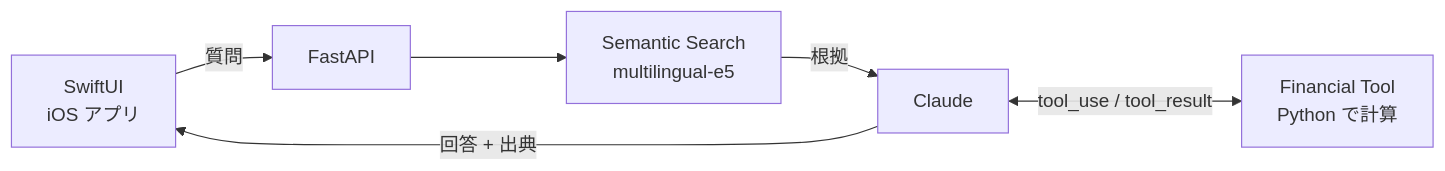
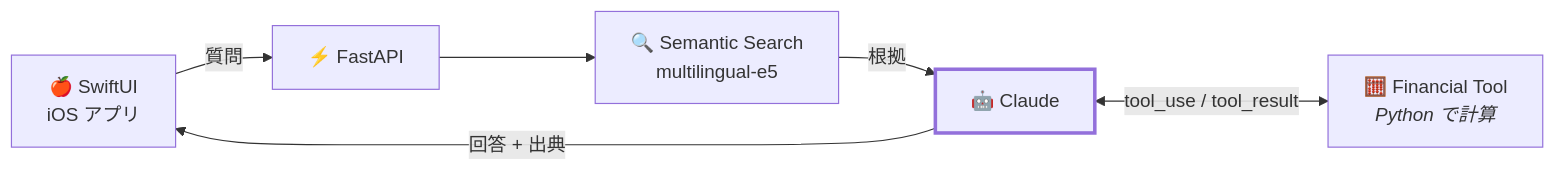
Before and after one commit to yossibank/investment-research-copilot: the diagram in README.md, drawn with Mermaid. The commit also changed other lines of this file, not shown here.

````diff
--- a/README.md
+++ b/README.md
@@ -27,11 +29,12 @@
 ```mermaid
 flowchart LR
-    IOS["SwiftUI<br/>iOS アプリ"]
-    API["FastAPI"]
-    SEARCH["Semantic Search<br/>multilingual-e5"]
-    LLM["Claude"]
-    TOOL["Financial Tool<br/>Python で計算"]
+    IOS["🍎 SwiftUI<br/>iOS アプリ"]
+    API["⚡ FastAPI"]
+    SEARCH["🔍 Semantic Search<br/>multilingual-e5"]
+    LLM["🤖 Claude"]
+    TOOL["🧮 Financial Tool<br/><i>Python で計算</i>"]
     IOS -->|"質問"| API --> SEARCH -->|"根拠"| LLM
     LLM <-->|"tool_use / tool_result"| TOOL
     LLM -->|"回答 + 出典"| IOS
+    style LLM stroke-width:3px
 ```
````
